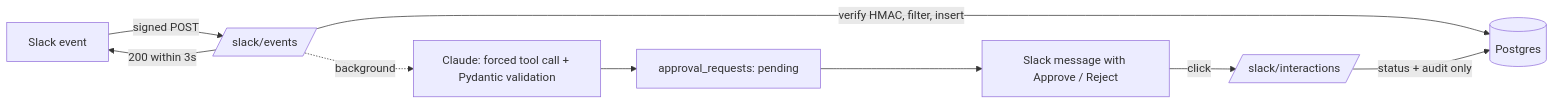
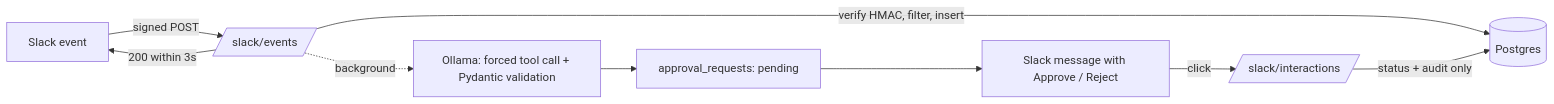
The diagram in README.md (charliemalicay-v2/aimie-slack-automation-workflow), drawn with Mermaid before and after one commit. The commit also changed other lines of this file and 11 other files, not shown here.

````diff
--- a/README.md
+++ b/README.md
@@ -5,10 +5,10 @@
 ```mermaid
 flowchart LR
   S[Slack event] -->|signed POST| E[/slack/events/]
   E -->|verify HMAC, filter, insert| DB[(Postgres)]
   E -->|200 within 3s| S
-  E -.background.-> C[Claude: forced tool call + Pydantic validation]
+  E -.background.-> C[Ollama: forced tool call + Pydantic validation]
   C --> A[approval_requests: pending]
   A --> P[Slack message with Approve / Reject]
   P -->|click| I[/slack/interactions/] -->|status + audit only| DB
 ```
````
